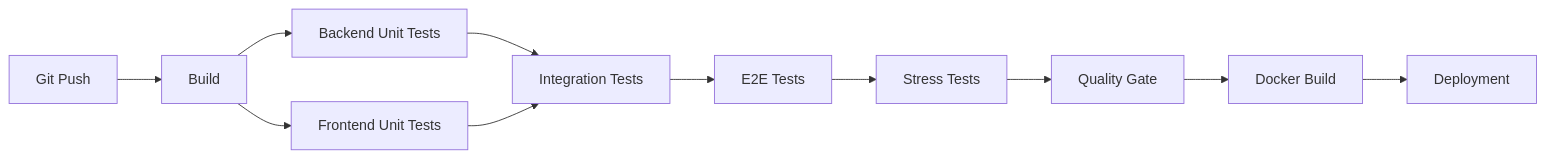
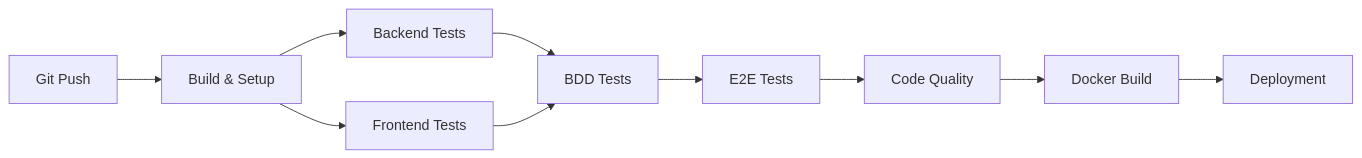
The first of 2 diagrams in README.md (hediloup/medhead), drawn with Mermaid before and after one commit. The commit also changed other lines of this file and 63 other files, not shown here.

Commit message:
Remove obsolete summary files for E2E tests, Angular startup fixes, BDD fixes, and CI/CD documentation to streamline project structure and eliminate outdated information.

````diff
--- a/README.md
+++ b/README.md
@@ -403,13 +474,12 @@
 ```mermaid
 graph LR
-    A[Git Push] --> B[Build]
-    B --> C[Backend Unit Tests]
-    B --> D[Frontend Unit Tests]
-    C --> E[Integration Tests]
+    A[Git Push] --> B[Build & Setup]
+    B --> C[Backend Tests]
+    B --> D[Frontend Tests]
+    C --> E[BDD Tests]
     D --> E
     E --> F[E2E Tests]
-    F --> G[Stress Tests]
-    G --> H[Quality Gate]
-    H --> I[Docker Build]
-    I --> J[Deployment]
+    F --> G[Code Quality]
+    G --> H[Docker Build]
+    H --> I[Deployment]
 ```
````
